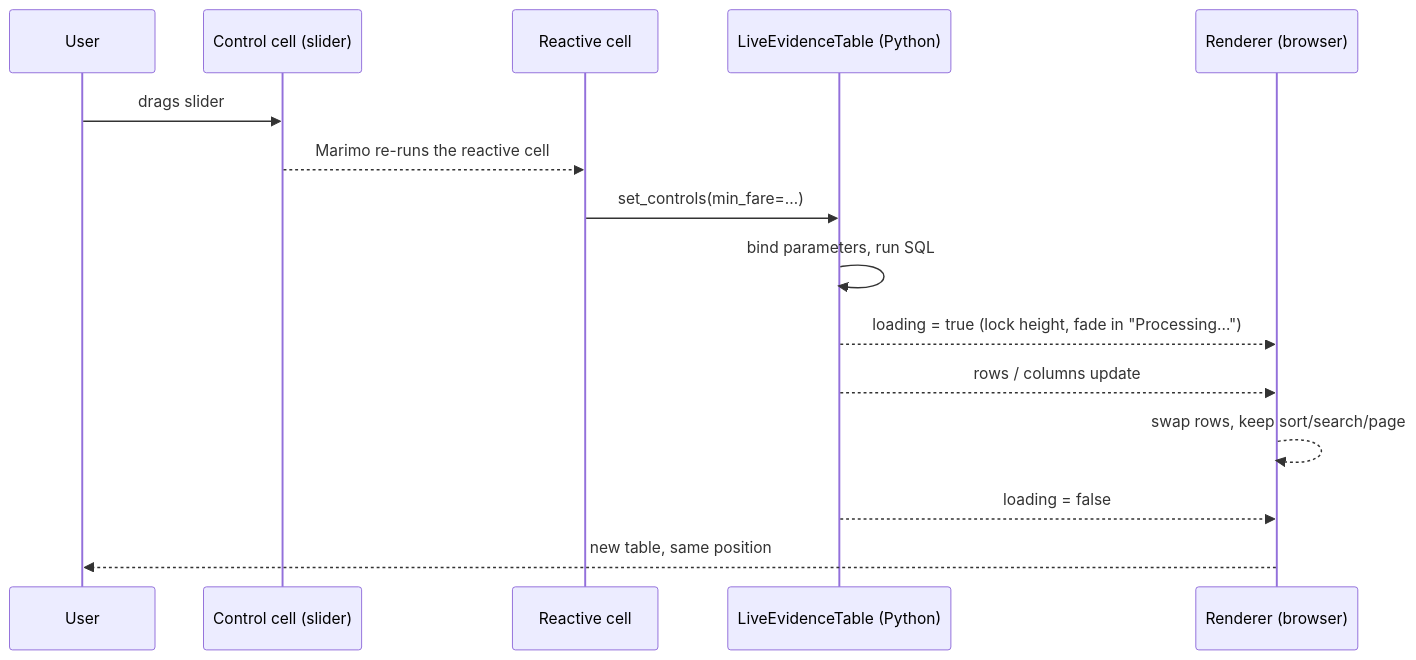
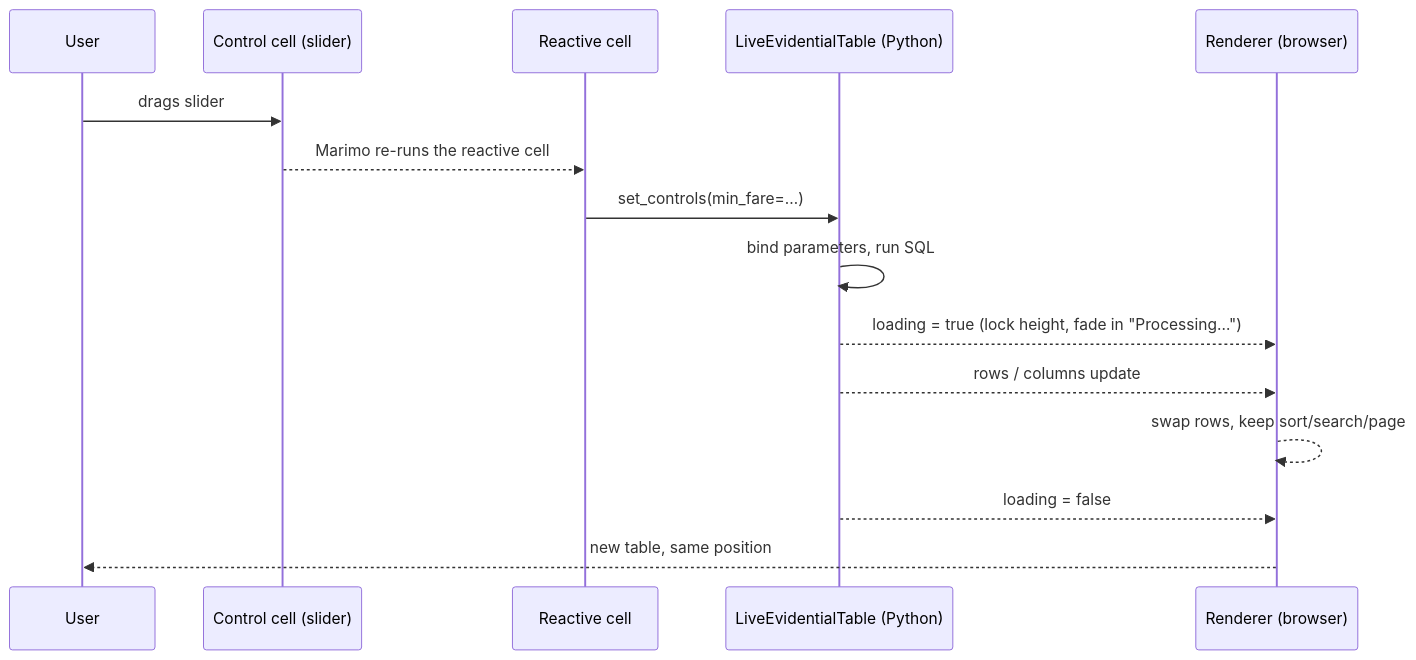
The fifth of 5 diagrams in docs/design-and-dx.md (edouardp/evidential), drawn with Mermaid before and after one commit. The commit also changed other lines of this file and 87 other files, not shown here.

````diff
--- a/docs/design-and-dx.md
+++ b/docs/design-and-dx.md
@@ -343,17 +343,17 @@
 ```mermaid
 sequenceDiagram
   participant U as User
   participant C as Control cell (slider)
   participant R as Reactive cell
-  participant W as LiveEvidenceTable (Python)
+  participant W as LiveEvidentialTable (Python)
   participant B as Renderer (browser)
   U->>C: drags slider
   C-->>R: Marimo re-runs the reactive cell
   R->>W: set_controls(min_fare=…)
   W->>W: bind parameters, run SQL
   W-->>B: loading = true (lock height, fade in "Processing…")
   W-->>B: rows / columns update
   B-->>B: swap rows, keep sort/search/page
   W-->>B: loading = false
   B-->>U: new table, same position
 ```
````
